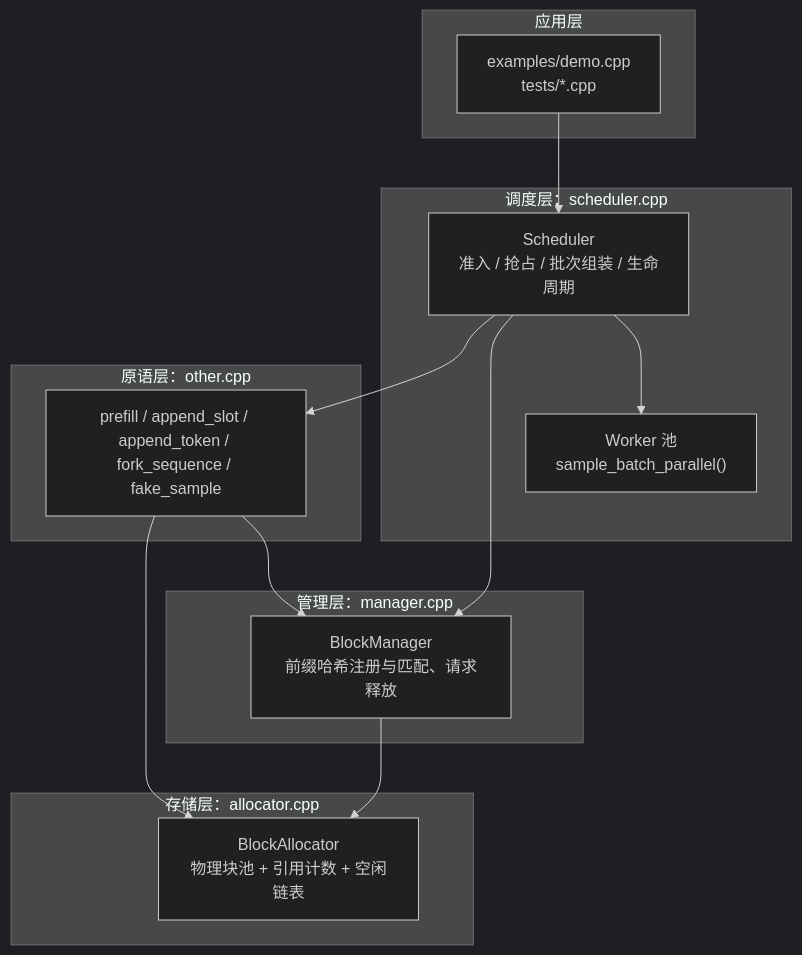
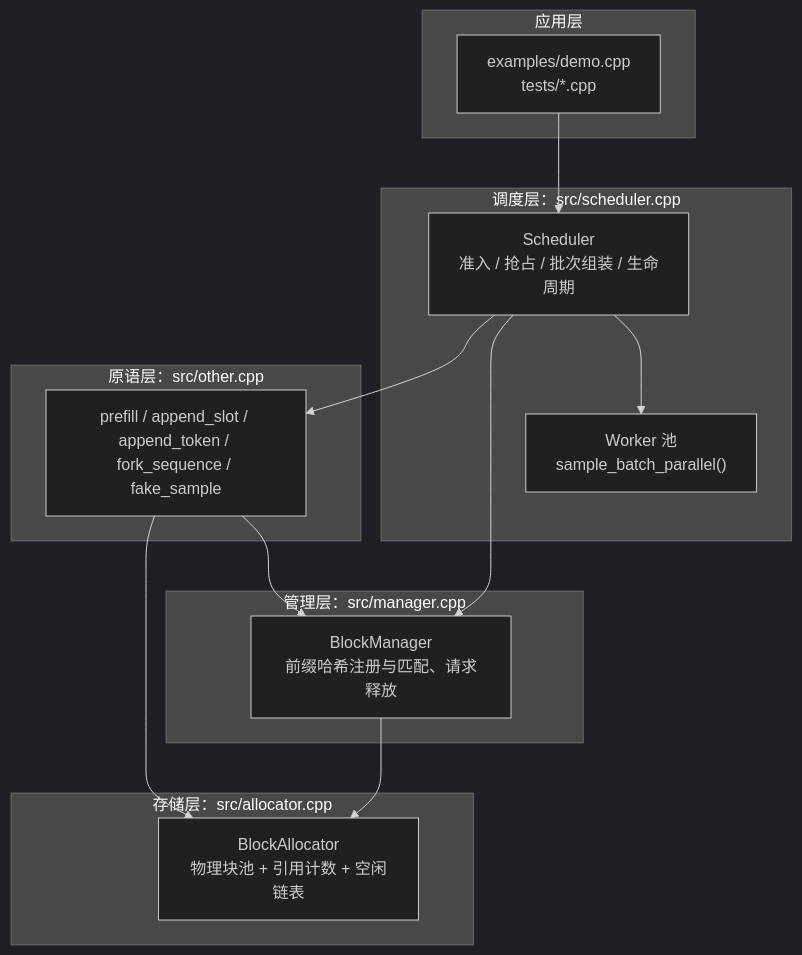
One commit to laoyeye831/learn-vllm-paged-kvcache changed the first of 6 diagrams in docs/ARCHITECTURE.md. Above: the diagram before and after it, drawn with Mermaid (dark theme). The commit also changed other lines of this file and 20 other files, not shown here.

````diff
--- a/docs/ARCHITECTURE.md
+++ b/docs/ARCHITECTURE.md
@@ -8,31 +8,31 @@
 ```mermaid
 flowchart TB
     subgraph L3["应用层"]
         DEMO["examples/demo.cpp<br/>tests/*.cpp"]
     end
 
-    subgraph L2["调度层：scheduler.cpp"]
+    subgraph L2["调度层：src/scheduler.cpp"]
         SCH["Scheduler<br/>准入 / 抢占 / 批次组装 / 生命周期"]
         POOL["Worker 池<br/>sample_batch_parallel()"]
     end
 
-    subgraph L1["管理层：manager.cpp"]
+    subgraph L1["管理层：src/manager.cpp"]
         BM["BlockManager<br/>前缀哈希注册与匹配、请求释放"]
     end
 
-    subgraph L0["存储层：allocator.cpp"]
+    subgraph L0["存储层：src/allocator.cpp"]
         BALLOC["BlockAllocator<br/>物理块池 + 引用计数 + 空闲链表"]
     end
 
-    subgraph L05["原语层：other.cpp"]
+    subgraph L05["原语层：src/other.cpp"]
         PRIM["prefill / append_slot / append_token / fork_sequence / fake_sample"]
     end
 
     DEMO --> SCH
     SCH --> POOL
     SCH --> BM
     SCH --> PRIM
     PRIM --> BM
     PRIM --> BALLOC
     BM --> BALLOC
 ```
````
